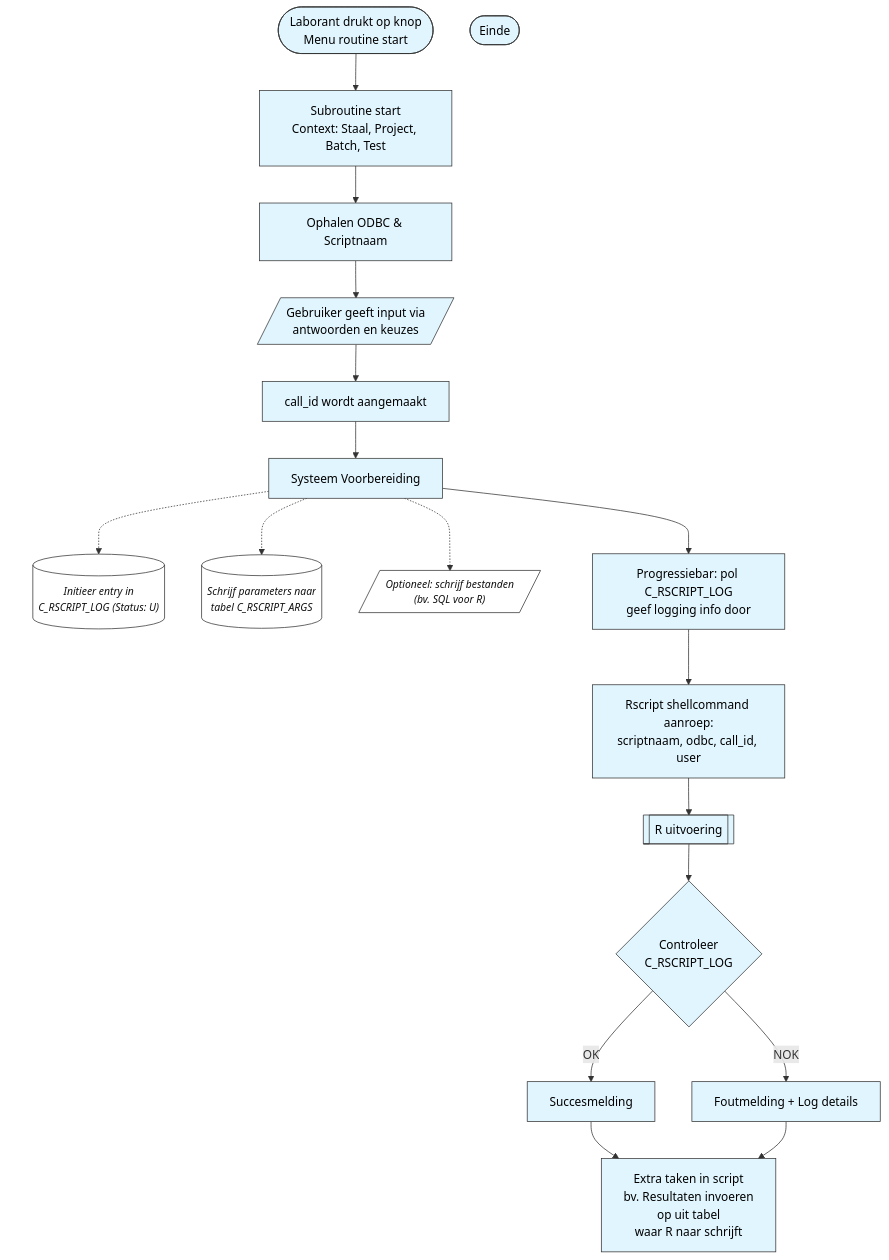
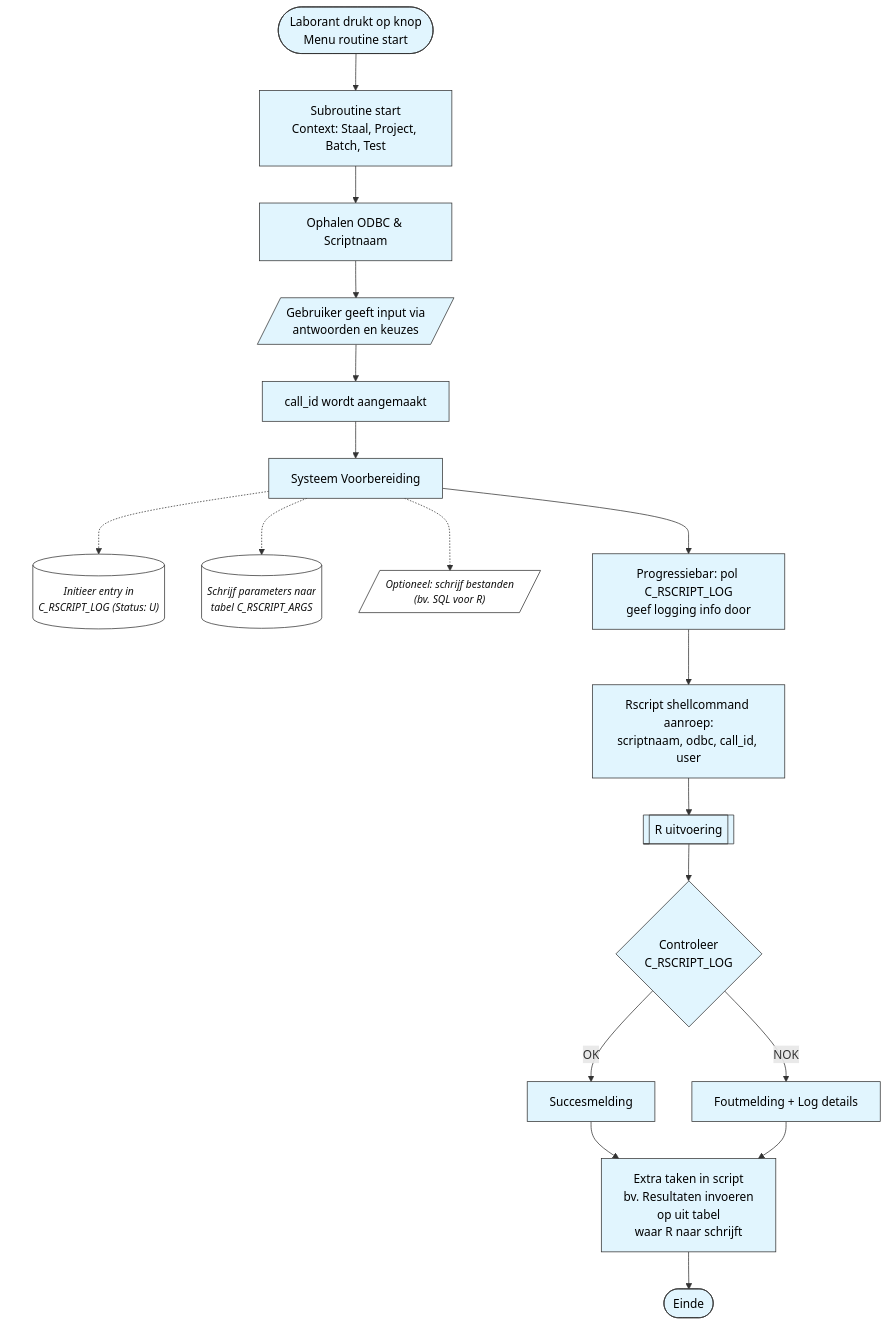
Before and after one commit to pietervsd/work-etc: the first of 2 diagrams in source/r_lims_pres/implementatie.qmd, drawn with Mermaid. The commit also changed other lines of this file and 5 other files, not shown here.

````diff
--- a/source/r_lims_pres/implementatie.qmd
+++ b/source/r_lims_pres/implementatie.qmd
@@ -144,59 +144,60 @@
 ```{mermaid}
 graph TD
 
     %% --- STIJL DEFINITIES ---
     classDef default fill:#e1f5fe,stroke:#333,stroke-width:1px,color:#000,font-size:16px;
     classDef sideNode fill:#ffffff,stroke:#333,stroke-width:1px,color:#111,font-size:14px,font-style:italic;
 
     %% --- DE HOOFDLIJN (Verticaal) ---
     Start(["Laborant drukt op knop<br/>Menu routine start"])
     Sub["Subroutine start<br/>Context: Staal, Project, Batch, Test"]
     C["Ophalen ODBC & Scriptnaam"]
     D[/"Gebruiker geeft input via<br/>antwoorden en keuzes"/]
     D2["call_id wordt aangemaakt"]
     E["Systeem Voorbereiding"]
     F["Progressiebar: pol C_RSCRIPT_LOG<br/>geef logging info door"]
     G["Rscript shellcommand aanroep:<br/>scriptnaam, odbc, call_id, user"]
     H[["R uitvoering"]]
     I{"Controleer<br/>C_RSCRIPT_LOG"}
     J["Succesmelding"]
     K["Foutmelding + Log details"]
     L[" Extra taken in script<br/>bv. Resultaten invoeren <br/> op uit tabel <br/>waar R naar schrijft"]
     M(["Einde"])
 
     %% Verticale verbindingen (Hoofdpad)
     Start --> Sub
     Sub --> C
     C --> D
     D --> D2
     D2 --> E
     E --> F
     F --> G
     G --> H
     H --> I
     I -- "OK" --> J
     I -- "NOK" --> K
     J --> L
     K --> L
+    L --> M
 
     %% --- DE ZIJSTAPPEN ---
     %% We groeperen ze in een subgraph zonder achtergrondkleur
     subgraph DataSectie [" "]
         E1[("Initieer entry in<br/>C_RSCRIPT_LOG (Status: U)")]
         E2[("Schrijf parameters naar<br/>tabel C_RSCRIPT_ARGS")]
         E3[/"Optioneel: schrijf bestanden<br/>(bv. SQL voor R)"/]
     end
 
     %% Zijwaartse verbindingen
     %% Door deze pijlen apart te definiëren en 'linkStyle' te gebruiken,
     %% houden we ze uit de hoofd-verticale flow.
     E -.-> E1
     E -.-> E2
     E -.-> E3
 
     %% --- STYLING TOEPASSEN ---
     class E1,E2,E3 sideNode;
     
     %% Subgraph onzichtbaar maken
     style DataSectie fill:none,stroke:none;
 ```    
````
